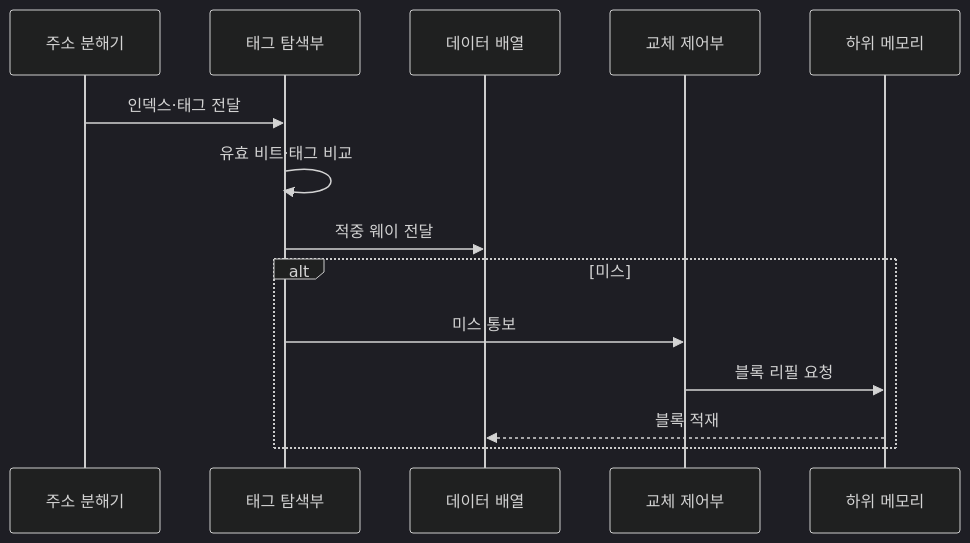
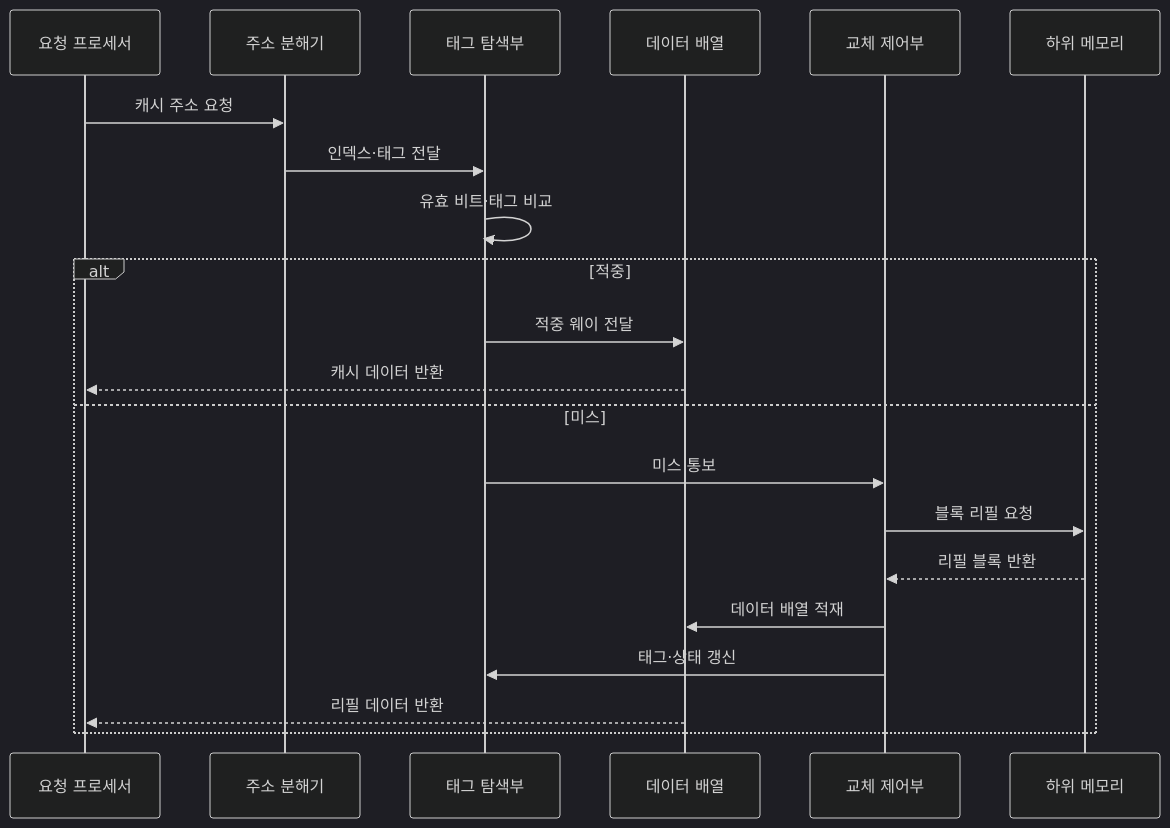
Before and after one commit to agnusdei1207/knowledge-base: the second of 2 diagrams in src/content/docs/notes/02-hardware/012_cache_memory_mapping.md, drawn with Mermaid (dark theme). The commit also changed other lines of this file and 7 other files, not shown here.

````diff
--- a/src/content/docs/notes/02-hardware/012_cache_memory_mapping.md
+++ b/src/content/docs/notes/02-hardware/012_cache_memory_mapping.md
@@ -93,16 +93,23 @@
 ```mermaid
 sequenceDiagram
+    participant P as 요청 프로세서
     participant A as 주소 분해기
     participant T as 태그 탐색부
     participant D as 데이터 배열
     participant R as 교체 제어부
     participant M as 하위 메모리
+    P->>A: 캐시 주소 요청
     A->>T: 인덱스·태그 전달
     T->>T: 유효 비트·태그 비교
-    T->>D: 적중 웨이 전달
-    alt 미스
+    alt 적중
+        T->>D: 적중 웨이 전달
+        D-->>P: 캐시 데이터 반환
+    else 미스
         T->>R: 미스 통보
         R->>M: 블록 리필 요청
-        M-->>D: 블록 적재
+        M-->>R: 리필 블록 반환
+        R->>D: 데이터 배열 적재
+        R->>T: 태그·상태 갱신
+        D-->>P: 리필 데이터 반환
     end
 ```
````
